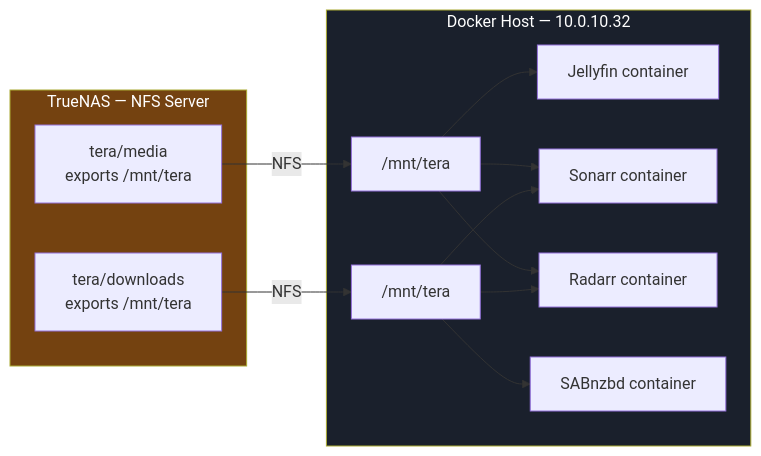
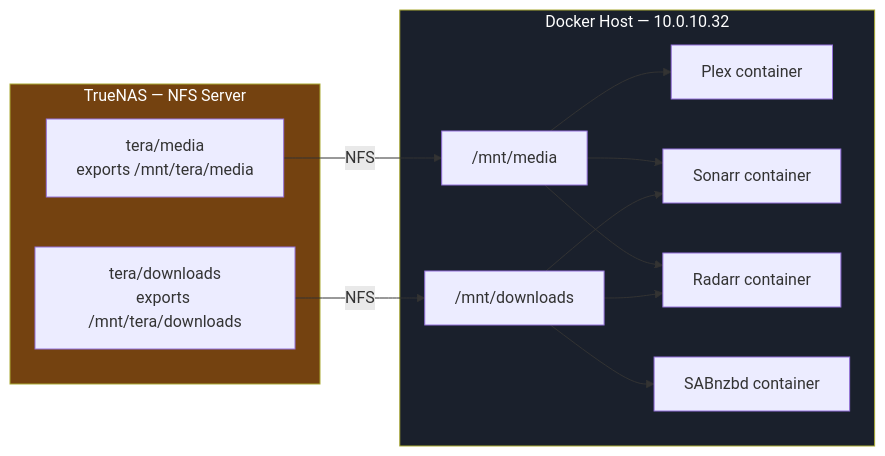
One commit to Kagiso-me/homelab-infrastructure changed the second of 3 diagrams in docker/docs/02_docker_installation_and_filesystem.md. Above: the diagram before and after it, drawn with Mermaid. The commit also changed other lines of this file and 1 other file, not shown here.

````diff
--- a/docker/docs/02_docker_installation_and_filesystem.md
+++ b/docker/docs/02_docker_installation_and_filesystem.md
@@ -286,28 +286,28 @@
 ```mermaid
 graph LR
     subgraph TrueNAS ["TrueNAS — NFS Server"]
-        T1["tera/media\nexports /mnt/tera"]
-        T2["tera/downloads\nexports /mnt/tera"]
+        T1["tera/media\nexports /mnt/tera/media"]
+        T2["tera/downloads\nexports /mnt/tera/downloads"]
     end
 
     subgraph DockerHost ["Docker Host — 10.0.10.32"]
-        M1["/mnt/tera"]
-        M2["/mnt/tera"]
-        Jellyfin["Jellyfin container"]
+        M1["/mnt/media"]
+        M2["/mnt/downloads"]
+        Plex["Plex container"]
         Sonarr["Sonarr container"]
         Radarr["Radarr container"]
         SABnzbd["SABnzbd container"]
     end
 
     T1 -->|NFS| M1
     T2 -->|NFS| M2
-    M1 --> Jellyfin
+    M1 --> Plex
     M1 --> Sonarr
     M1 --> Radarr
     M2 --> Sonarr
     M2 --> Radarr
     M2 --> SABnzbd
 
     style TrueNAS fill:#744210,color:#fff
     style DockerHost fill:#1a202c,color:#fff
 ```
````
